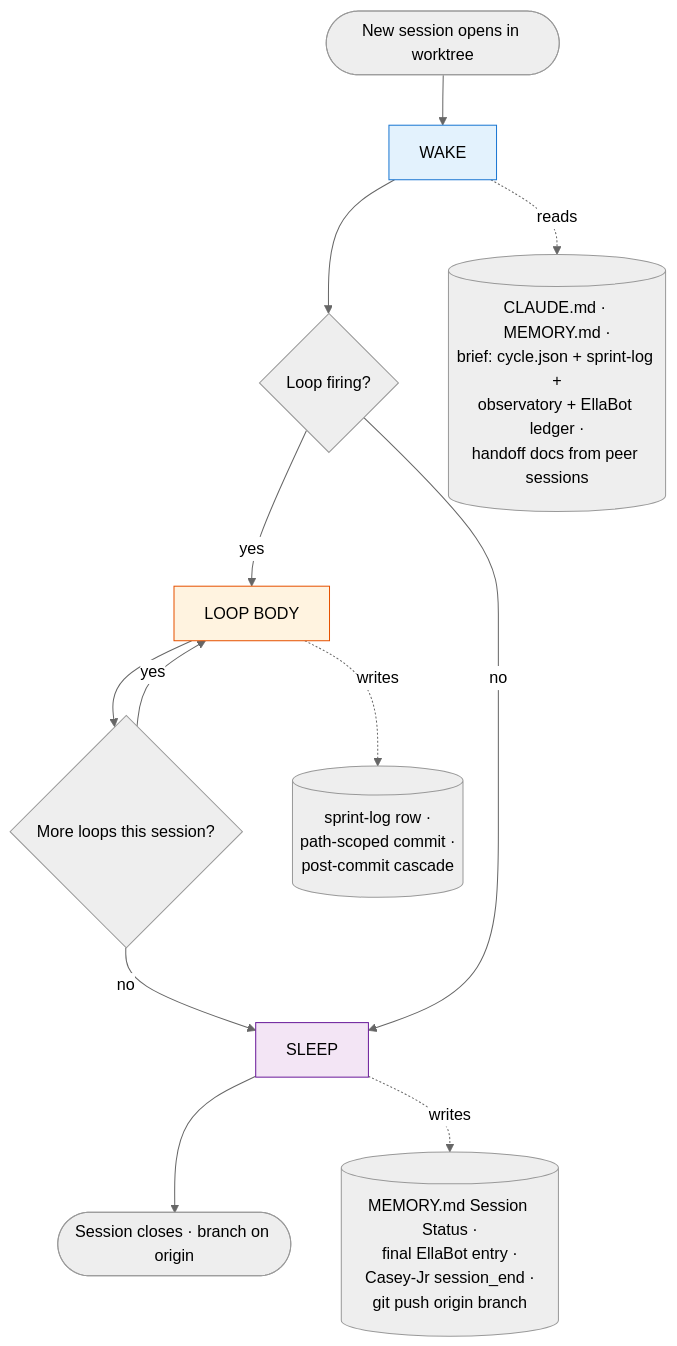
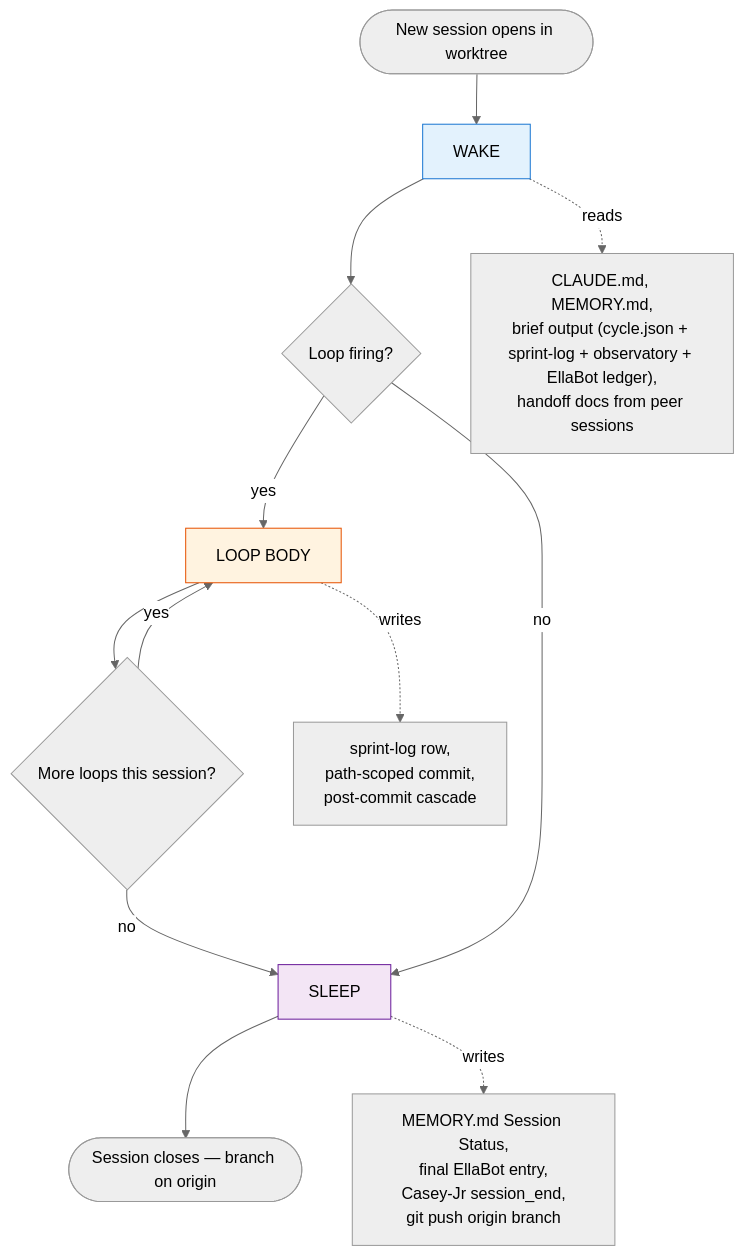
Before and after one commit to GreenTilden/dacumen: the first of 5 diagrams in docs/session-loop-orchestration.md, drawn with Mermaid (neutral theme). The commit also changed other lines of this file, not shown here.

First line of the commit message:
fix(orchestration-doc): mermaid syntax — quote node labels, replace cylinder/parallelogram shapes that broke GitHub renderer

````diff
--- a/docs/session-loop-orchestration.md
+++ b/docs/session-loop-orchestration.md
@@ -13,21 +13,21 @@
 ```mermaid
 flowchart TB
-    Start([New session opens in worktree]) --> Wake[WAKE]
-    Wake --> Loop{Loop firing?}
-    Loop -- yes --> LoopBody[LOOP BODY]
-    LoopBody --> NextLoop{More loops this session?}
+    Start(["New session opens in worktree"]) --> Wake["WAKE"]
+    Wake --> Loop{"Loop firing?"}
+    Loop -- yes --> LoopBody["LOOP BODY"]
+    LoopBody --> NextLoop{"More loops this session?"}
     NextLoop -- yes --> LoopBody
-    NextLoop -- no --> Sleep[SLEEP]
+    NextLoop -- no --> Sleep["SLEEP"]
     Loop -- no --> Sleep
-    Sleep --> End([Session closes · branch on origin])
+    Sleep --> End(["Session closes — branch on origin"])
 
-    Wake -.->|reads| Sources[(CLAUDE.md · MEMORY.md ·<br/>brief: cycle.json + sprint-log +<br/>observatory + EllaBot ledger ·<br/>handoff docs from peer sessions)]
+    Wake -.->|reads| Sources["CLAUDE.md, MEMORY.md,<br/>brief output (cycle.json + sprint-log + observatory + EllaBot ledger),<br/>handoff docs from peer sessions"]
 
-    LoopBody -.->|writes| Artifacts[(sprint-log row ·<br/>path-scoped commit ·<br/>post-commit cascade)]
+    LoopBody -.->|writes| Artifacts["sprint-log row,<br/>path-scoped commit,<br/>post-commit cascade"]
 
-    Sleep -.->|writes| Closeout[(MEMORY.md Session Status ·<br/>final EllaBot entry ·<br/>Casey-Jr session_end ·<br/>git push origin branch)]
+    Sleep -.->|writes| Closeout["MEMORY.md Session Status,<br/>final EllaBot entry,<br/>Casey-Jr session_end,<br/>git push origin branch"]
 
     style Wake fill:#e3f2fd,stroke:#1976d2
     style LoopBody fill:#fff3e0,stroke:#e65100
     style Sleep fill:#f3e5f5,stroke:#6a1b9a
 ```
````
